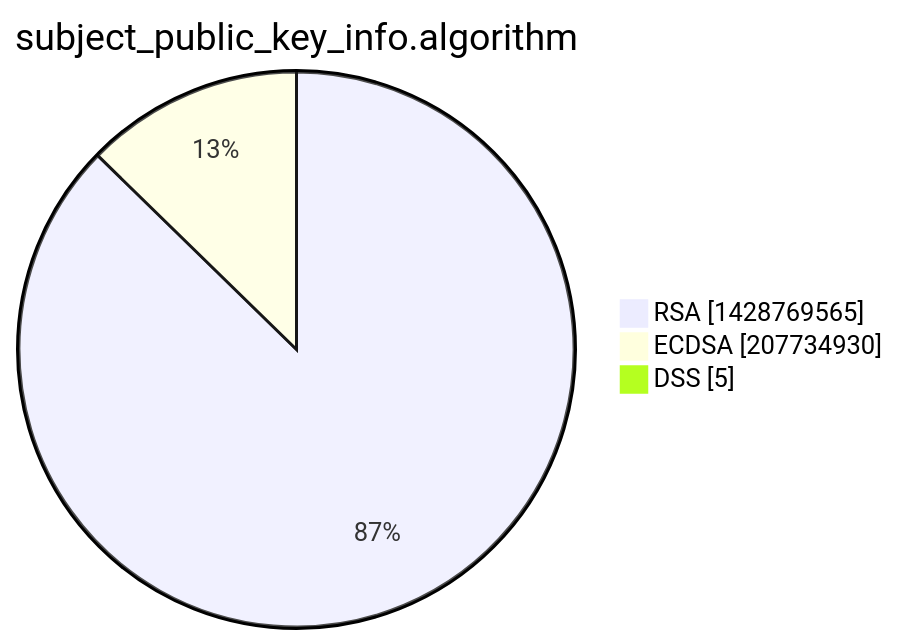
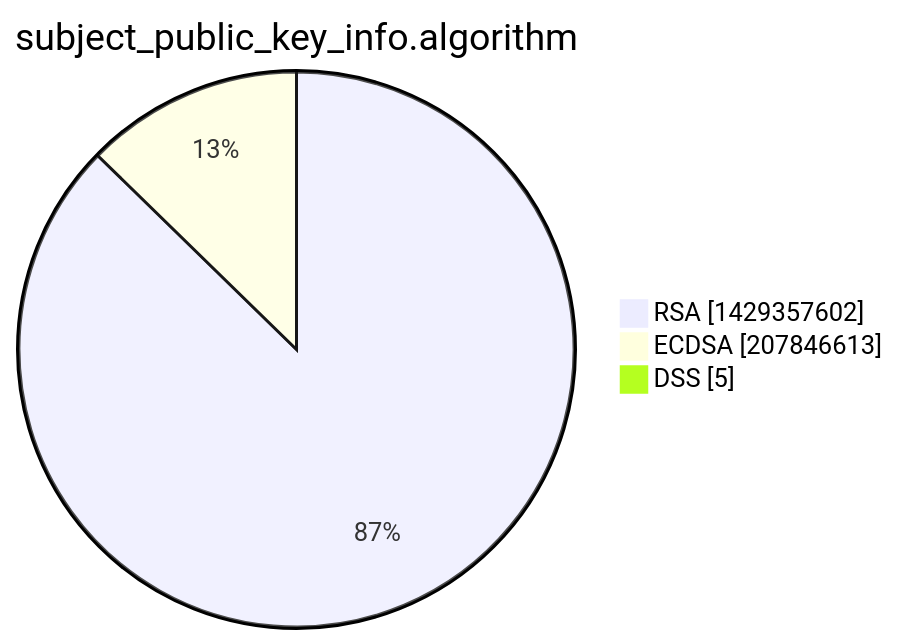
One commit to christiankrug/ctmonitor_visualization changed the third of 15 diagrams in xenon2022/README.md. Above: the diagram before and after it, drawn with Mermaid. The commit also changed other lines of this file, not shown here.

````diff
--- a/xenon2022/README.md
+++ b/xenon2022/README.md
@@ -14,7 +14,7 @@
 ```mermaid
 pie showData
 title subject_public_key_info.algorithm
-"RSA" :1428769565
-"ECDSA" :207734930
+"RSA" :1429357602
+"ECDSA" :207846613
 "DSS" :5
 ```
````
